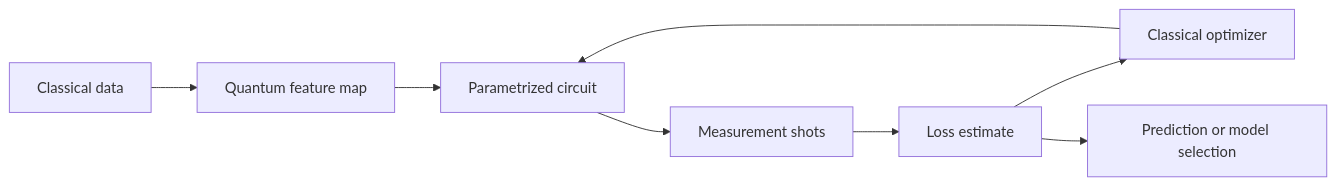
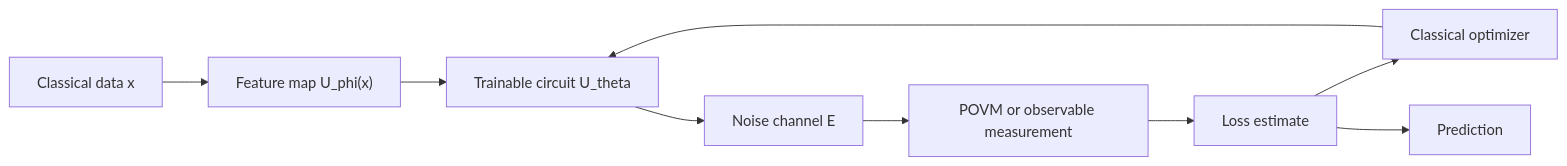
One commit to justinbrianhwang/SJ-wiki changed the diagram in docs/quantum-information-science/quantum-computing/quantum-ml.md. Above: the diagram before and after it, drawn with Mermaid. The commit also changed other lines of this file and 27 other files, not shown here.

````diff
--- a/docs/quantum-information-science/quantum-computing/quantum-ml.md
+++ b/docs/quantum-information-science/quantum-computing/quantum-ml.md
@@ -110,10 +144,11 @@
 ```mermaid
 flowchart LR
-  X["Classical data"] --> F["Quantum feature map"]
-  F --> A["Parametrized circuit"]
-  A --> M["Measurement shots"]
+  X["Classical data x"] --> F["Feature map U_phi(x)"]
+  F --> A["Trainable circuit U_theta"]
+  A --> N["Noise channel E"]
+  N --> M["POVM or observable measurement"]
   M --> L["Loss estimate"]
   L --> O["Classical optimizer"]
   O --> A
-  L --> P["Prediction or model selection"]
+  L --> P["Prediction"]
 ```
````
